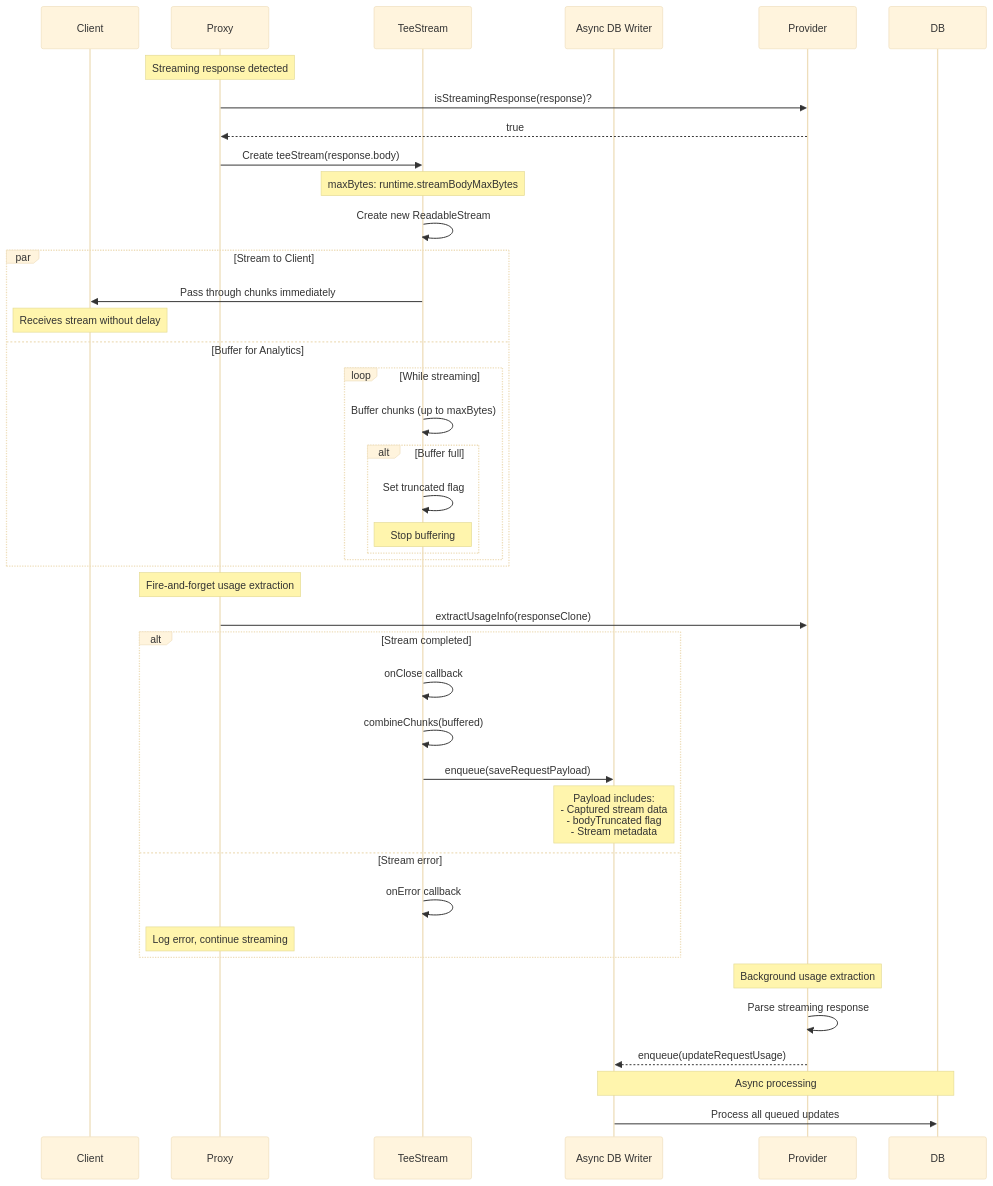
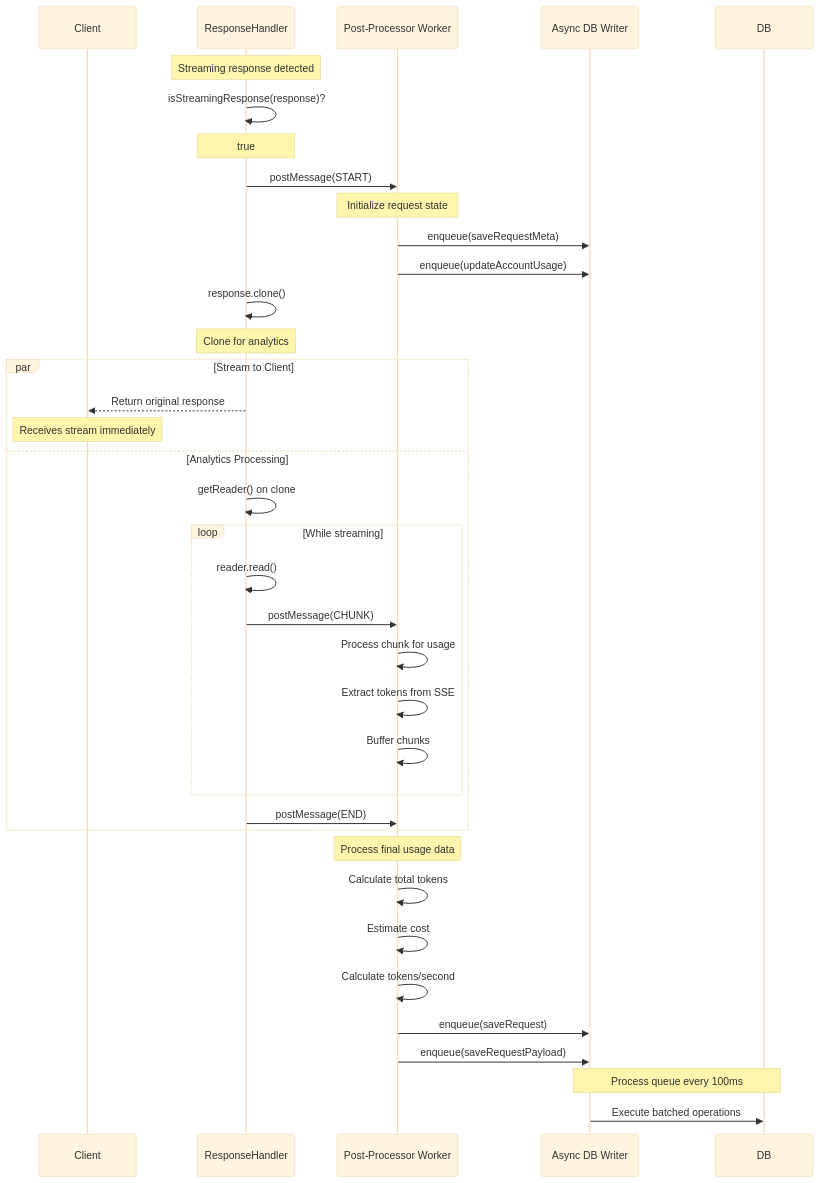
Before and after one commit to tombii/better-ccflare: the fifth of 14 diagrams in docs/data-flow.md, drawn with Mermaid (base theme). The commit also changed other lines of this file and 14 other files, not shown here.

First line of the commit message:
docs(docs): overhaul architecture and CLI documentation

````diff
--- a/docs/data-flow.md
+++ b/docs/data-flow.md
@@ -299,52 +309,46 @@
 ```mermaid
 sequenceDiagram
     participant Client
-    participant Proxy
-    participant TeeStream
+    participant ResponseHandler
+    participant Worker as Post-Processor Worker
     participant AsyncWriter as Async DB Writer
-    participant Provider
     participant DB
 
-    Note over Proxy: Streaming response detected
+    Note over ResponseHandler: Streaming response detected
     
-    Proxy->>Provider: isStreamingResponse(response)?
-    Provider-->>Proxy: true
+    ResponseHandler->>ResponseHandler: isStreamingResponse(response)?
+    Note over ResponseHandler: true
     
-    Proxy->>TeeStream: Create teeStream(response.body)
-    Note over TeeStream: maxBytes: runtime.streamBodyMaxBytes
+    ResponseHandler->>Worker: postMessage(START)
+    Note over Worker: Initialize request state
+    Worker->>AsyncWriter: enqueue(saveRequestMeta)
+    Worker->>AsyncWriter: enqueue(updateAccountUsage)
     
-    TeeStream->>TeeStream: Create new ReadableStream
+    ResponseHandler->>ResponseHandler: response.clone()
+    Note over ResponseHandler: Clone for analytics
     
     par Stream to Client
-        TeeStream->>Client: Pass through chunks immediately
-        Note over Client: Receives stream without delay
-    and Buffer for Analytics
+        ResponseHandler-->>Client: Return original response
+        Note over Client: Receives stream immediately
+    and Analytics Processing
+        ResponseHandler->>ResponseHandler: getReader() on clone
         loop While streaming
-            TeeStream->>TeeStream: Buffer chunks (up to maxBytes)
-            alt Buffer full
-                TeeStream->>TeeStream: Set truncated flag
-                Note over TeeStream: Stop buffering
-            end
+            ResponseHandler->>ResponseHandler: reader.read()
+            ResponseHandler->>Worker: postMessage(CHUNK)
+            Worker->>Worker: Process chunk for usage
+            Worker->>Worker: Extract tokens from SSE
+            Worker->>Worker: Buffer chunks
         end
+        ResponseHandler->>Worker: postMessage(END)
     end
     
-    Note over Proxy: Fire-and-forget usage extraction
-    Proxy->>Provider: extractUsageInfo(responseClone)
+    Note over Worker: Process final usage data
+    Worker->>Worker: Calculate total tokens
+    Worker->>Worker: Estimate cost
+    Worker->>Worker: Calculate tokens/second
+    Worker->>AsyncWriter: enqueue(saveRequest)
+    Worker->>AsyncWriter: enqueue(saveRequestPayload)
     
-    alt Stream completed
-        TeeStream->>TeeStream: onClose callback
-        TeeStream->>TeeStream: combineChunks(buffered)
-        TeeStream->>AsyncWriter: enqueue(saveRequestPayload)
-        Note over AsyncWriter: Payload includes:<br/>- Captured stream data<br/>- bodyTruncated flag<br/>- Stream metadata
-    else Stream error
-        TeeStream->>TeeStream: onError callback
-        Note over Proxy: Log error, continue streaming
-    end
-    
-    Note over Provider: Background usage extraction
-    Provider->>Provider: Parse streaming response
-    Provider-->>AsyncWriter: enqueue(updateRequestUsage)
-    
-    Note over AsyncWriter,DB: Async processing
-    AsyncWriter->>DB: Process all queued updates
+    Note over AsyncWriter,DB: Process queue every 100ms
+    AsyncWriter->>DB: Execute batched operations
 ```
````
